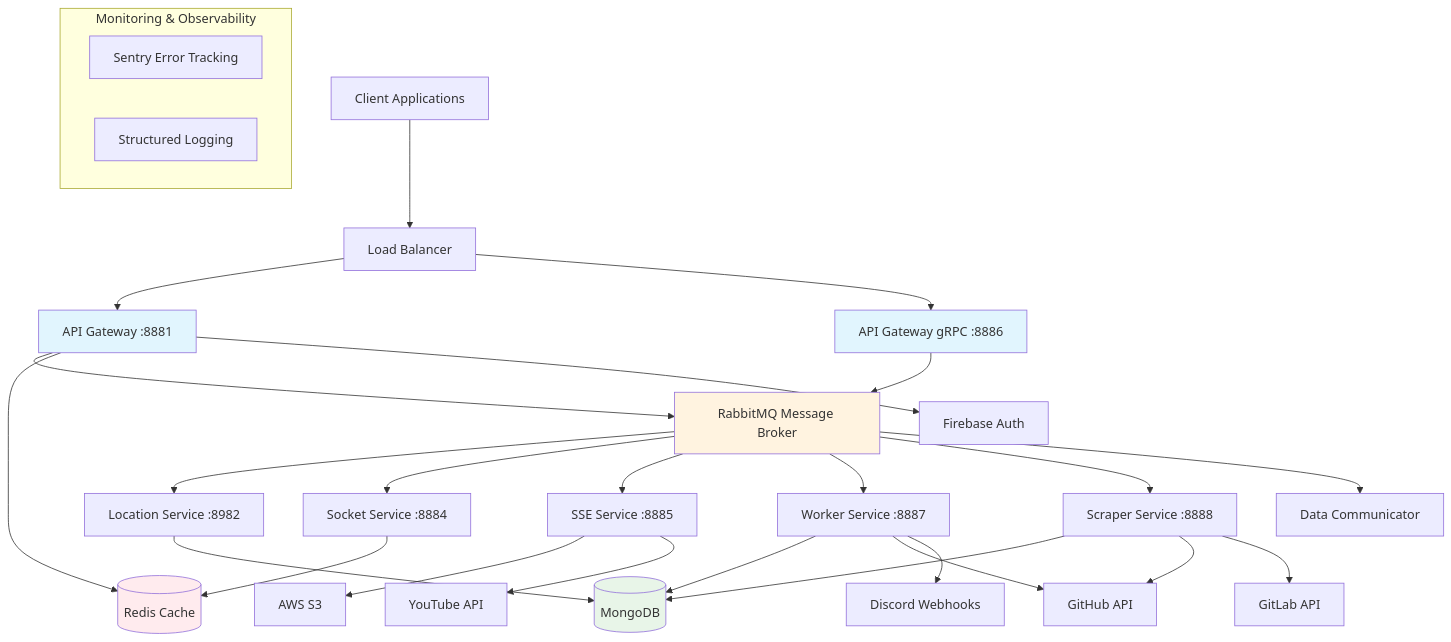
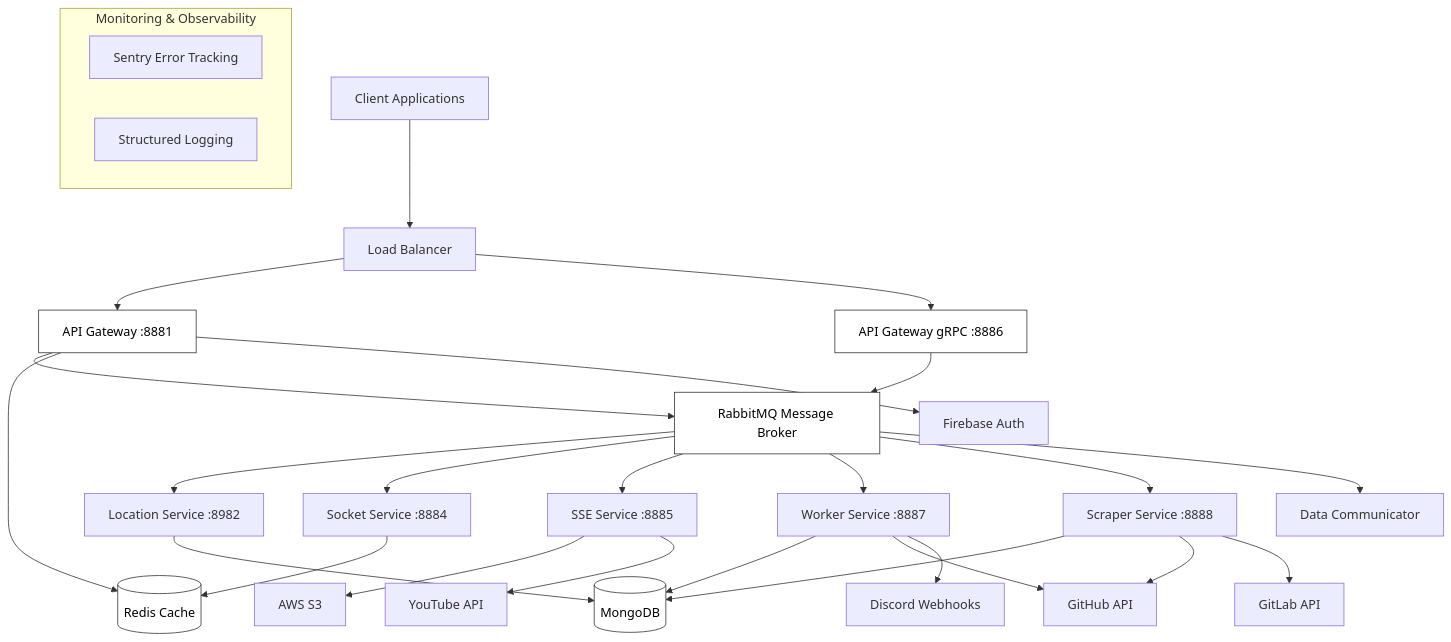
Before and after one commit to wahajnintyeight/project-phoenix-v2: the second of 2 diagrams in README.md, drawn with Mermaid. The commit also changed other lines of this file, not shown here.

Commit message:
(feat): update readme

````diff
--- a/README.md
+++ b/README.md
@@ -89,45 +89,45 @@
 ```mermaid
 graph TB
     Client[Client Applications] --> LB[Load Balancer]
     LB --> AG[API Gateway :8881]
     LB --> AGG[API Gateway gRPC :8886]
     
     AG --> RMQ[RabbitMQ Message Broker]
     AGG --> RMQ
     
     RMQ --> LS[Location Service :8982]
     RMQ --> SS[Socket Service :8884]
     RMQ --> SSE[SSE Service :8885]
     RMQ --> WS[Worker Service :8887]
     RMQ --> ScS[Scraper Service :8888]
     RMQ --> DC[Data Communicator]
     
     LS --> MongoDB[(MongoDB)]
     WS --> MongoDB
     ScS --> MongoDB
     
     AG --> Redis[(Redis Cache)]
     SS --> Redis
     
     SSE --> S3[AWS S3]
     SSE --> YT[YouTube API]
     
     WS --> GitHub[GitHub API]
     WS --> Discord[Discord Webhooks]
     
     ScS --> GitHub
     ScS --> GitLab[GitLab API]
     
     AG --> Firebase[Firebase Auth]
     
     subgraph "Monitoring & Observability"
         Sentry[Sentry Error Tracking]
         Logs[Structured Logging]
     end
     
-    style AG fill:#e1f5fe
-    style AGG fill:#e1f5fe
-    style RMQ fill:#fff3e0
-    style MongoDB fill:#e8f5e8
-    style Redis fill:#ffebee
+    style AG fill:#ffffff,color:#000000,stroke:#333333
+    style AGG fill:#ffffff,color:#000000,stroke:#333333
+    style RMQ fill:#ffffff,color:#000000,stroke:#333333
+    style MongoDB fill:#ffffff,color:#000000,stroke:#333333
+    style Redis fill:#ffffff,color:#000000,stroke:#333333
 ```
````
